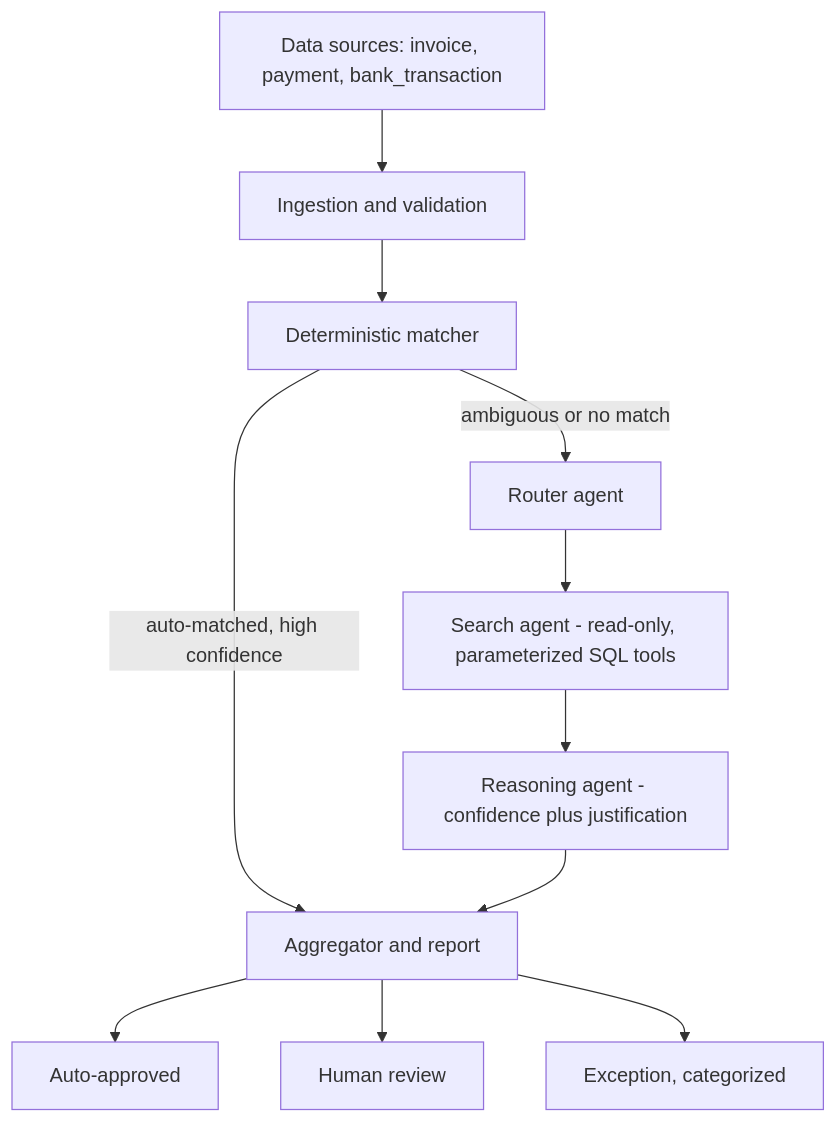
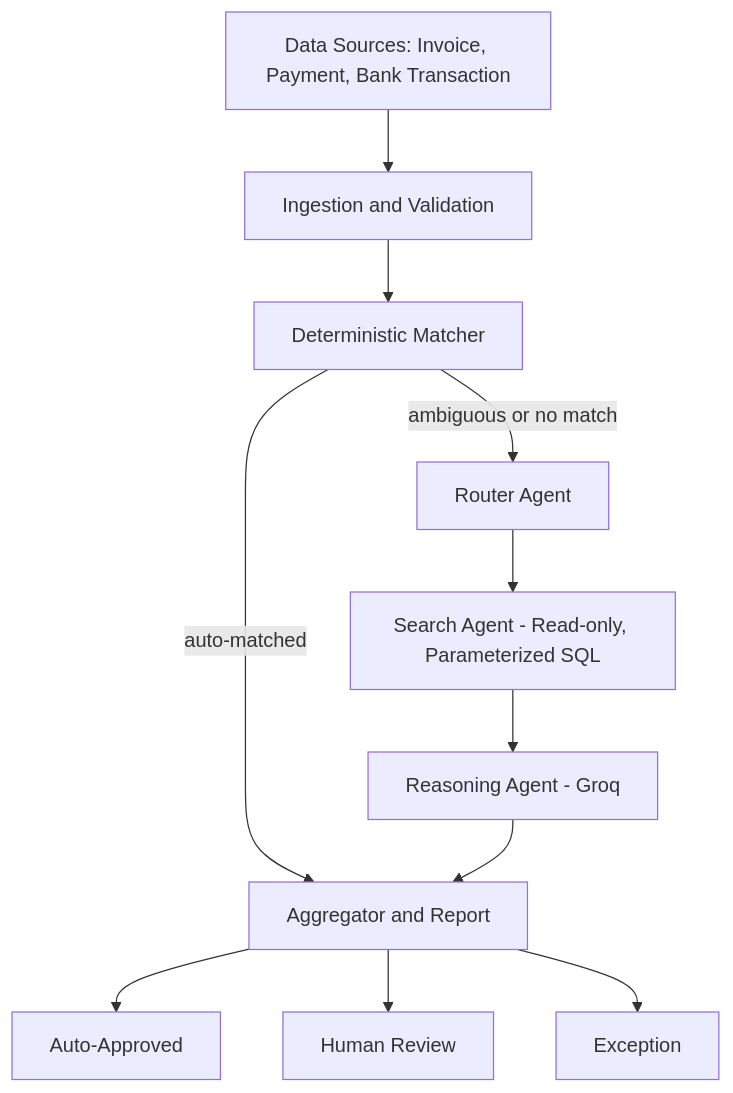
Before and after one commit to Uttam15n/LedgerLoop: the first of 3 diagrams in README.md, drawn with Mermaid. The commit also changed other lines of this file, not shown here.

````diff
--- a/README.md
+++ b/README.md
@@ -42,13 +45,25 @@
 ```mermaid
 flowchart TD
-    A[Data sources: invoice, payment, bank_transaction] --> B[Ingestion and validation]
-    B --> C[Deterministic matcher]
-    C -->|auto-matched, high confidence| I[Aggregator and report]
-    C -->|ambiguous or no match| D[Router agent]
-    D --> E[Search agent - read-only, parameterized SQL tools]
-    E --> F[Reasoning agent - confidence plus justification]
-    F --> I
-    I --> J[Auto-approved]
-    I --> K[Human review]
-    I --> L[Exception, categorized]
+
+A[Data Sources: Invoice, Payment, Bank Transaction]
+B[Ingestion and Validation]
+C[Deterministic Matcher]
+D[Router Agent]
+E[Search Agent - Read-only, Parameterized SQL]
+F[Reasoning Agent - Groq]
+G[Aggregator and Report]
+H[Auto-Approved]
+I[Human Review]
+J[Exception]
+
+A --> B
+B --> C
+C -->|auto-matched| G
+C -->|ambiguous or no match| D
+D --> E
+E --> F
+F --> G
+G --> H
+G --> I
+G --> J
 ```
````
